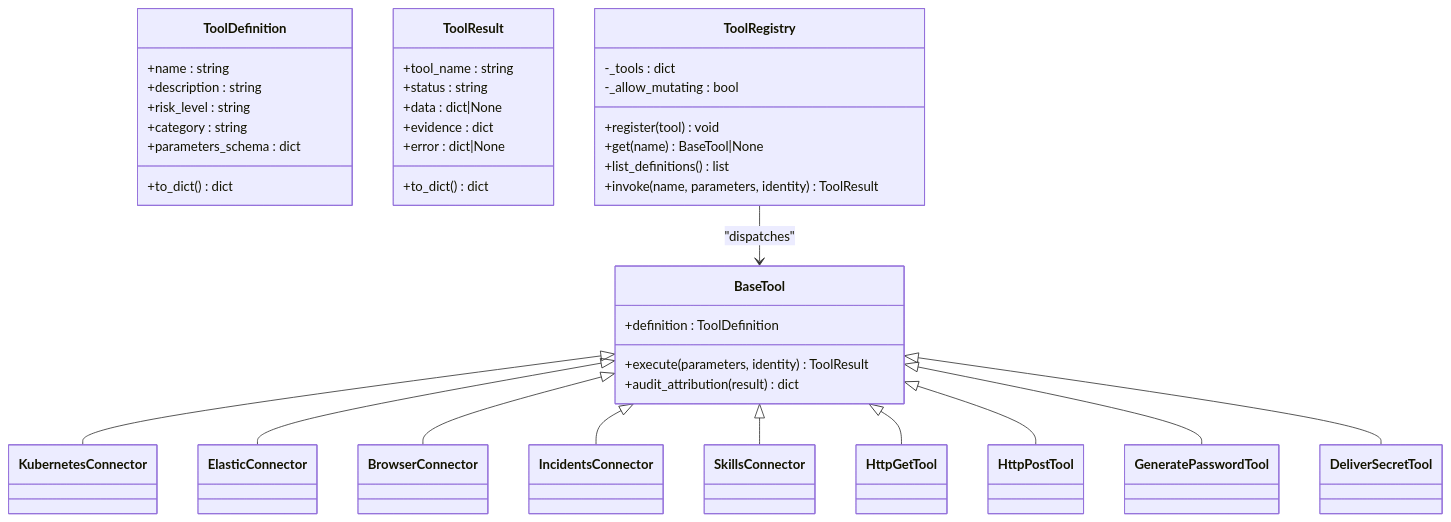
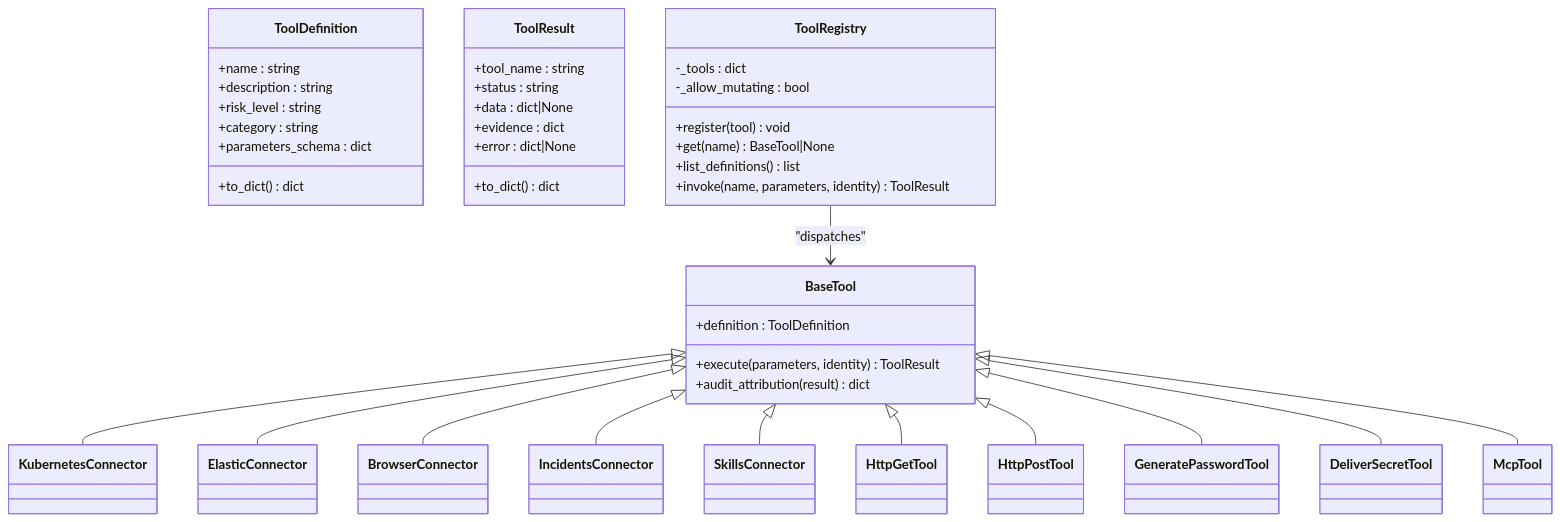
One commit to metasync/luban-aiops changed the third of 14 diagrams in .qoder/repowiki/en/content/Core Services/Tool Gateway/Tool Gateway.md. Above: the diagram before and after it, drawn with Mermaid. The commit also changed other lines of this file and 13 other files, not shown here.

````diff
--- a/.qoder/repowiki/en/content/Core Services/Tool Gateway/Tool Gateway.md
+++ b/.qoder/repowiki/en/content/Core Services/Tool Gateway/Tool Gateway.md
@@ -198,42 +212,43 @@
 ```mermaid
 classDiagram
 class BaseTool {
 +definition : ToolDefinition
 +execute(parameters, identity) ToolResult
 +audit_attribution(result) dict
 }
 class ToolDefinition {
 +name : string
 +description : string
 +risk_level : string
 +category : string
 +parameters_schema : dict
 +to_dict() dict
 }
 class ToolResult {
 +tool_name : string
 +status : string
 +data : dict|None
 +evidence : dict
 +error : dict|None
 +to_dict() dict
 }
 class ToolRegistry {
 -_tools : dict
 -_allow_mutating : bool
 +register(tool) void
 +get(name) BaseTool|None
 +list_definitions() list
 +invoke(name, parameters, identity) ToolResult
 }
 BaseTool <|-- KubernetesConnector
 BaseTool <|-- ElasticConnector
 BaseTool <|-- BrowserConnector
 BaseTool <|-- IncidentsConnector
 BaseTool <|-- SkillsConnector
 BaseTool <|-- HttpGetTool
 BaseTool <|-- HttpPostTool
 BaseTool <|-- GeneratePasswordTool
 BaseTool <|-- DeliverSecretTool
+BaseTool <|-- McpTool
 ToolRegistry --> BaseTool : "dispatches"
 ```
````
